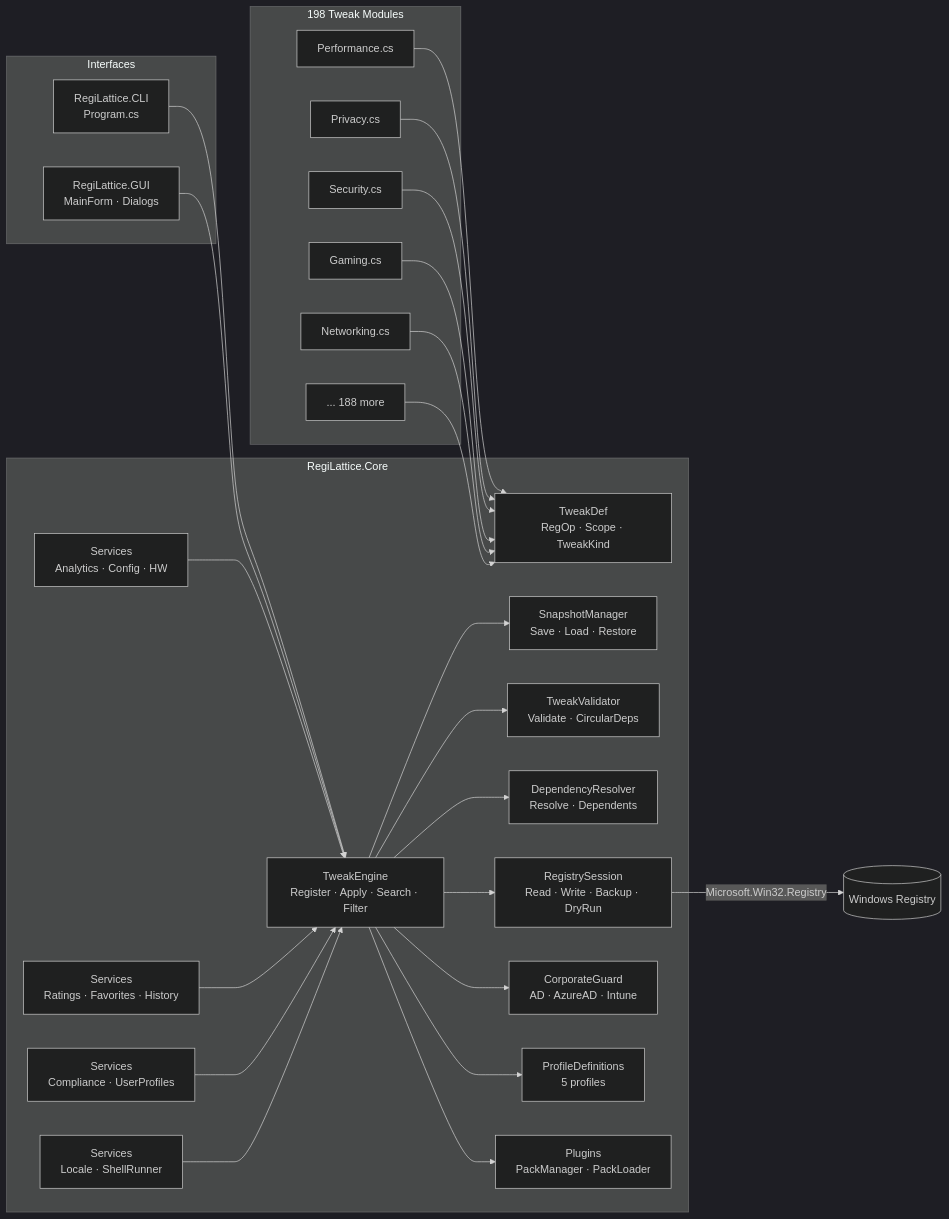
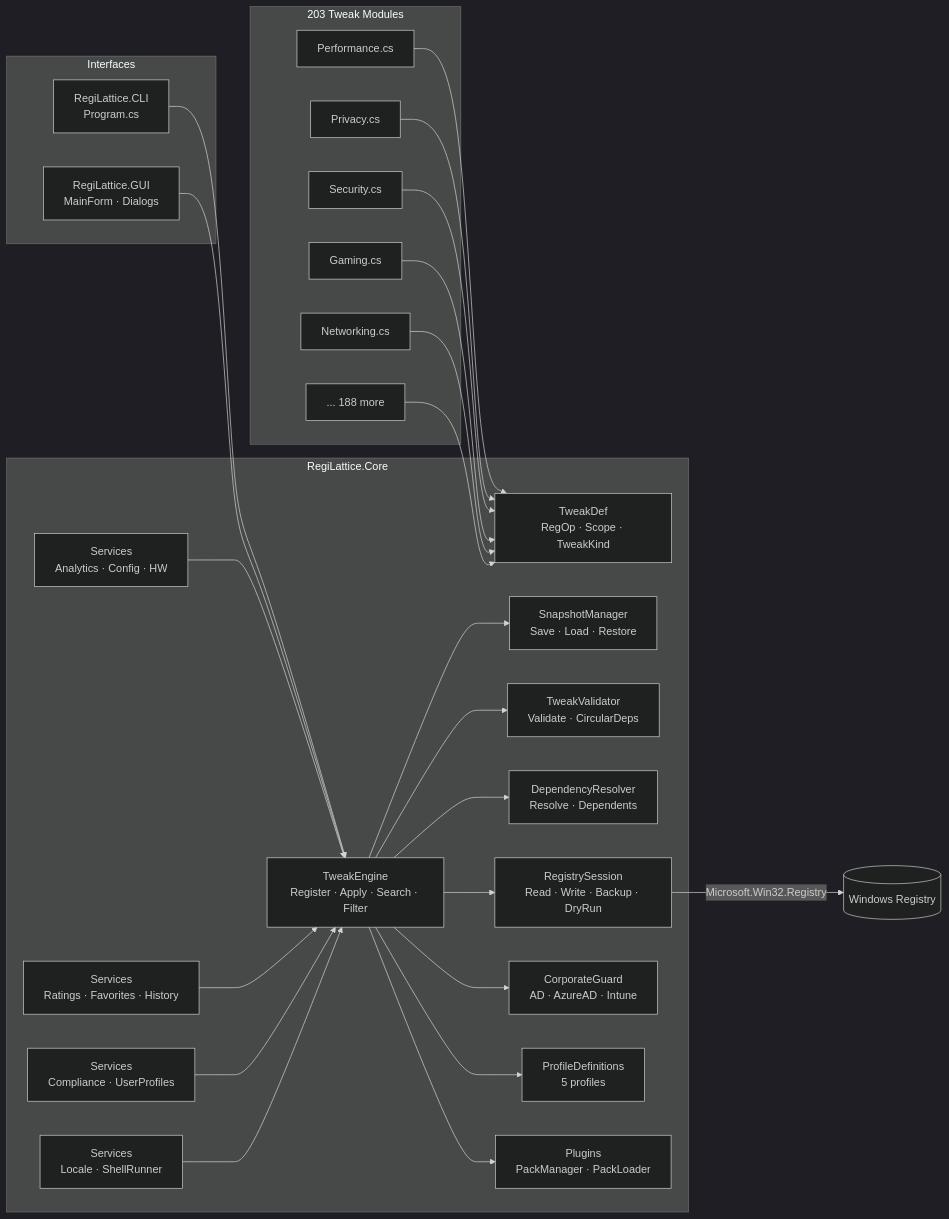
The diagram in README.md (RajwanYair/RegiLattice), drawn with Mermaid (dark theme) before and after one commit. The commit also changed other lines of this file and 16 other files, not shown here.

First line of the commit message:
feat(tweaks): Sprints 167-171 — 5 policy modules, 50 tweaks, v5.2.0

````diff
--- a/README.md
+++ b/README.md
@@ -87,53 +87,53 @@
 ```mermaid
 graph LR
     subgraph Interfaces
         CLI[RegiLattice.CLI<br/>Program.cs]
         GUI[RegiLattice.GUI<br/>MainForm · Dialogs]
     end
 
     subgraph Core["RegiLattice.Core"]
         TE[TweakEngine<br/>Register · Apply · Search · Filter]
         SM[SnapshotManager<br/>Save · Load · Restore]
         TV[TweakValidator<br/>Validate · CircularDeps]
         DR[DependencyResolver<br/>Resolve · Dependents]
         TD[TweakDef<br/>RegOp · Scope · TweakKind]
         RS[RegistrySession<br/>Read · Write · Backup · DryRun]
         CG[CorporateGuard<br/>AD · AzureAD · Intune]
         PD[ProfileDefinitions<br/>5 profiles]
         SV[Services<br/>Analytics · Config · HW]
         SV2[Services<br/>Ratings · Favorites · History]
         SV3[Services<br/>Compliance · UserProfiles]
         SV4[Services<br/>Locale · ShellRunner]
         PM[Plugins<br/>PackManager · PackLoader]
     end
 
-    subgraph Tweaks["198 Tweak Modules"]
+    subgraph Tweaks["203 Tweak Modules"]
         T1[Performance.cs]
         T2[Privacy.cs]
         T3[Security.cs]
         T4[Gaming.cs]
         T5[Networking.cs]
         TN[... 188 more]
     end
 
     CLI --> TE
     GUI --> TE
     TE --> SM
     TE --> TV
     TE --> DR
     TE --> RS
     TE --> CG
     TE --> PD
     TE --> PM
     SV --> TE
     SV2 --> TE
     SV3 --> TE
     SV4 --> TE
     T1 --> TD
     T2 --> TD
     T3 --> TD
     T4 --> TD
     T5 --> TD
     TN --> TD
     RS -->|Microsoft.Win32.Registry| WR[(Windows Registry)]
 ```
````
